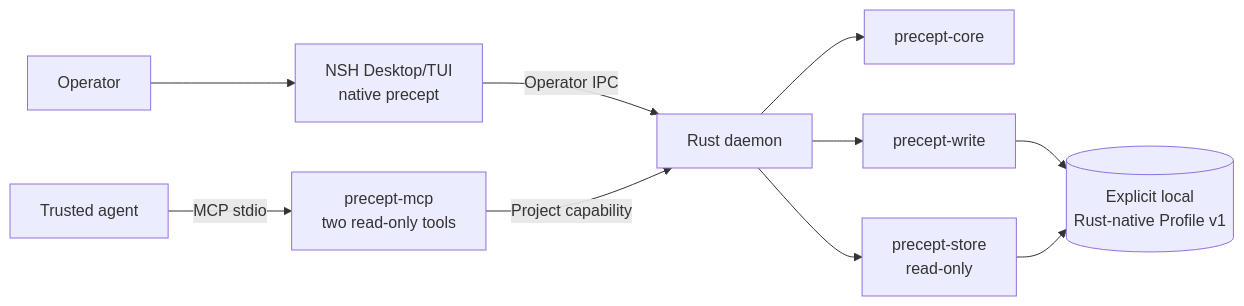
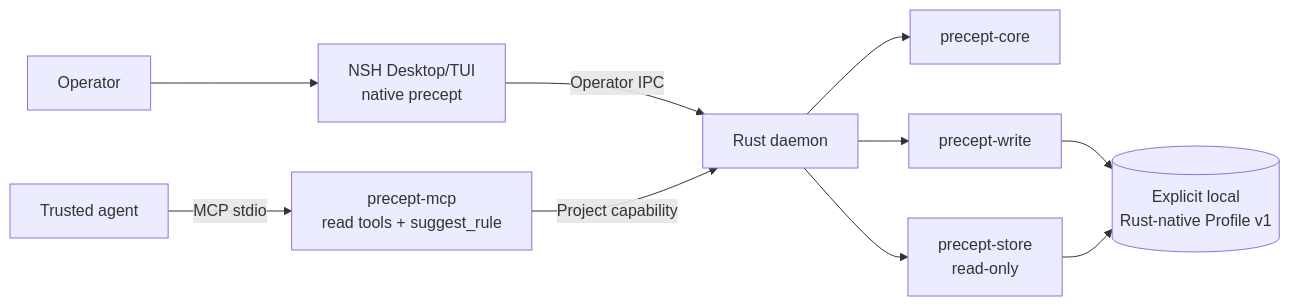
One commit to ybakiame/precept changed the diagram in docs/architecture.md. Above: the diagram before and after it, drawn with Mermaid. The commit also changed 22 other files, not shown here.

First line of the commit message:
feat: agents suggest rules through suggest_rule, where the operator allows it

````diff
--- a/docs/architecture.md
+++ b/docs/architecture.md
@@ -10,22 +10,22 @@
 ```mermaid
 flowchart LR
     Operator["Operator"]
     Clients["NSH Desktop/TUI<br/>native precept"]
     Daemon["Rust daemon"]
     Core["precept-core"]
     Writer["precept-write"]
     Store["precept-store<br/>read-only"]
     Profile[("Explicit local<br/>Rust-native Profile v1")]
     Agent["Trusted agent"]
-    MCP["precept-mcp<br/>two read-only tools"]
+    MCP["precept-mcp<br/>read tools + suggest_rule"]
 
     Operator --> Clients
     Clients -->|"Operator IPC"| Daemon
     Daemon --> Core
     Daemon --> Writer
     Daemon --> Store
     Writer --> Profile
     Store --> Profile
     Agent -->|"MCP stdio"| MCP
     MCP -->|"Project capability"| Daemon
 ```
````
